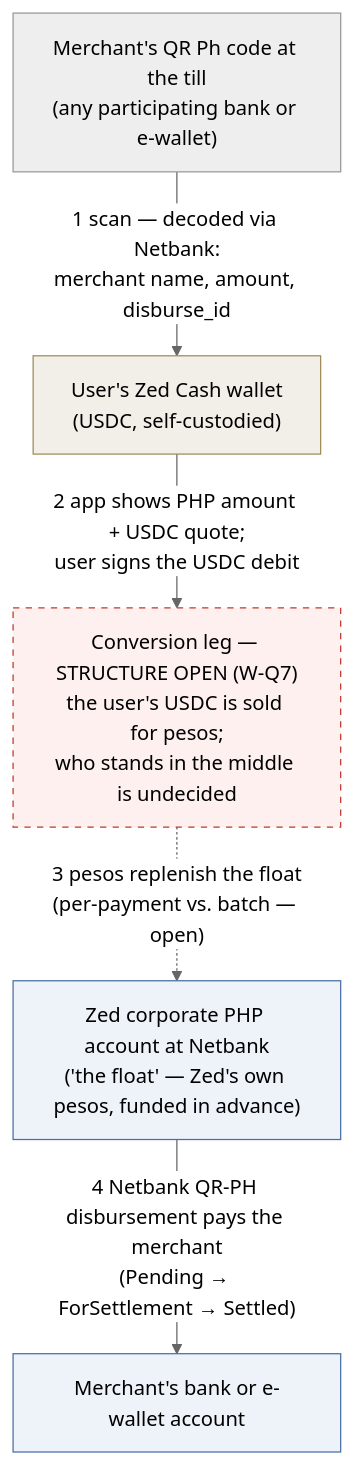
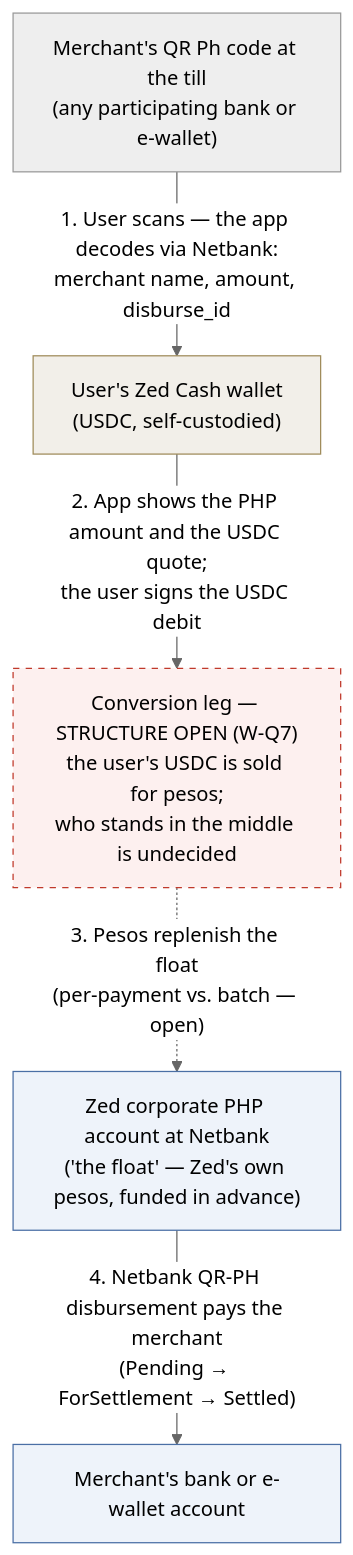
One commit to STAbraham/stablecoin-project changed the second of 2 diagrams in tracks/d-wallet-first/prd.md. Above: the diagram before and after it, drawn with Mermaid (neutral theme). The commit also changed 3 other files, not shown here.

Commit message:
M2 diagram legibility: numbered steps delineated (1./2./3./4.) with fuller sentence labels

````diff
--- a/tracks/d-wallet-first/prd.md
+++ b/tracks/d-wallet-first/prd.md
@@ -86,18 +86,18 @@
 ```mermaid
 flowchart TD
   M["Merchant's QR Ph code at the till<br/>(any participating bank or e-wallet)"]
   U["User's Zed Cash wallet<br/>(USDC, self-custodied)"]
   CV["Conversion leg — STRUCTURE OPEN (W-Q7)<br/>the user's USDC is sold for pesos;<br/>who stands in the middle is undecided"]
   F["Zed corporate PHP account at Netbank<br/>('the float' — Zed's own pesos, funded in advance)"]
   MB["Merchant's bank or e-wallet account"]
-  M -->|"1 scan — decoded via Netbank:<br/>merchant name, amount, disburse_id"| U
-  U -->|"2 app shows PHP amount + USDC quote;<br/>user signs the USDC debit"| CV
-  CV -.->|"3 pesos replenish the float<br/>(per-payment vs. batch — open)"| F
-  F -->|"4 Netbank QR-PH disbursement pays the merchant<br/>(Pending → ForSettlement → Settled)"| MB
+  M -->|"1. User scans — the app decodes via Netbank:<br/>merchant name, amount, disburse_id"| U
+  U -->|"2. App shows the PHP amount and the USDC quote;<br/>the user signs the USDC debit"| CV
+  CV -.->|"3. Pesos replenish the float<br/>(per-payment vs. batch — open)"| F
+  F -->|"4. Netbank QR-PH disbursement pays the merchant<br/>(Pending → ForSettlement → Settled)"| MB
   classDef user fill:#f2efe9,stroke:#a08c5b
   classDef bank fill:#eef3fa,stroke:#4a6fa5
   classDef open fill:#fdf0ef,stroke:#c0392b,stroke-dasharray: 5 5
   class U user
   class F,MB bank
   class CV open
 ```
````
